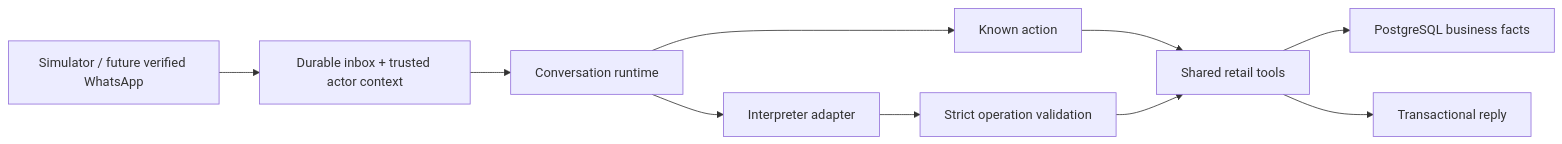
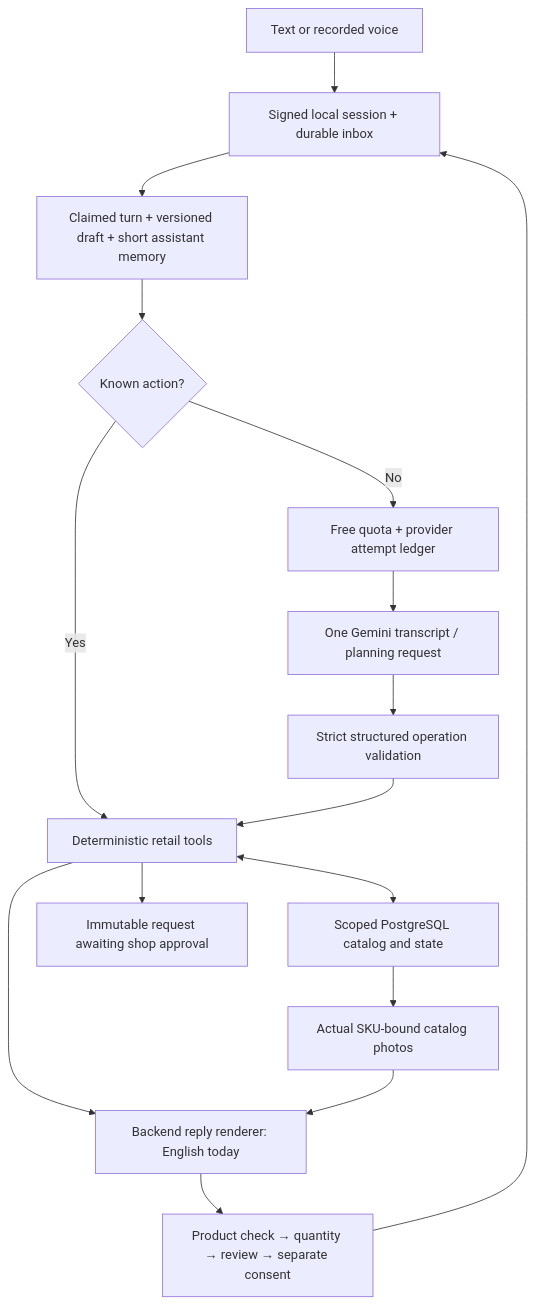
One commit to sagomedia/agent-native-whatsapp-bot changed the diagram in 02-Build/shopbot-ai/ARCHITECTURE.md. Above: the diagram before and after it, drawn with Mermaid. The commit also changed other lines of this file and 14 other files, not shown here.

Commit message:
Preserve Tamil search text and document catalog language audit

````diff
--- a/02-Build/shopbot-ai/ARCHITECTURE.md
+++ b/02-Build/shopbot-ai/ARCHITECTURE.md
@@ -5,12 +5,18 @@
 ```mermaid
-flowchart LR
-  A[Simulator / future verified WhatsApp] --> B[Durable inbox + trusted actor context]
-  B --> C[Conversation runtime]
-  C --> D[Known action]
-  C --> E[Interpreter adapter]
-  E --> F[Strict operation validation]
-  D --> G[Shared retail tools]
-  F --> G
-  G --> H[PostgreSQL business facts]
-  G --> I[Transactional reply]
+flowchart TD
+  Input[Text or recorded voice] --> Ingress[Signed local session + durable inbox]
+  Ingress --> Runtime[Claimed turn + versioned draft + short assistant memory]
+  Runtime --> Known{Known action?}
+  Known -->|Yes| Tools[Deterministic retail tools]
+  Known -->|No| Quota[Free quota + provider attempt ledger]
+  Quota --> AI[One Gemini transcript / planning request]
+  AI --> Validate[Strict structured operation validation]
+  Validate --> Tools
+  Tools <--> SQL[Scoped PostgreSQL catalog and state]
+  SQL --> Photos[Actual SKU-bound catalog photos]
+  Tools --> Reply[Backend reply renderer: English today]
+  Photos --> Reply
+  Reply --> Customer[Product check → quantity → review → separate consent]
+  Customer --> Ingress
+  Tools --> Request[Immutable request awaiting shop approval]
 ```
````
